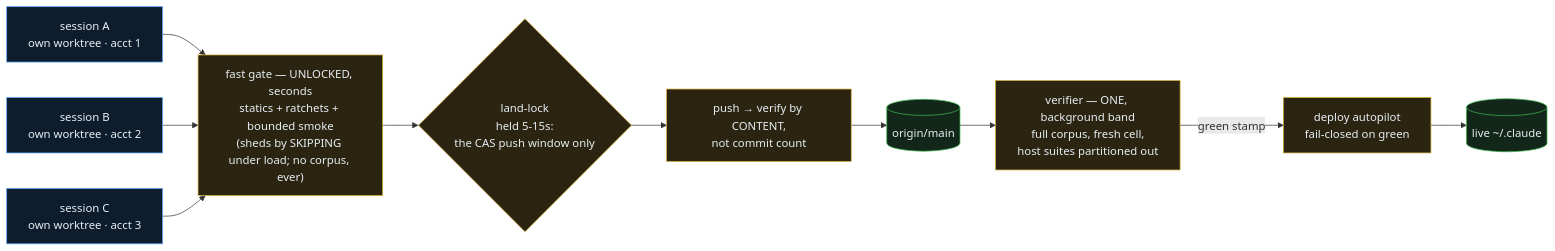
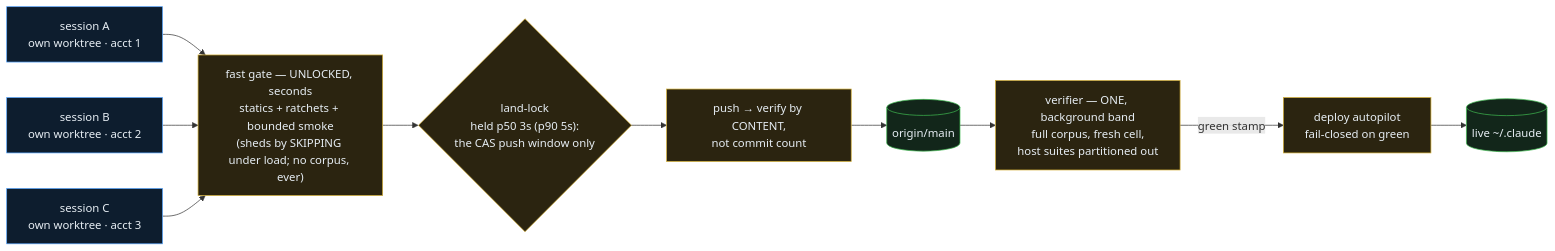
The third of 7 diagrams in README.md (renchris/claude-infrastructure), drawn with Mermaid before and after one commit. The commit also changed other lines of this file and 2 other files, not shown here.

First paragraph of the commit message:
docs(land-arch): two figures published in two directions, and a sixth cause the audit did not name
P0 part 5 + the implementation note (§5.P0), backlog 42ee2eaeed97.

````diff
--- a/README.md
+++ b/README.md
@@ -224,19 +224,19 @@
 ```mermaid
 flowchart LR
     A["session A<br/>own worktree · acct 1"] --> G
     B["session B<br/>own worktree · acct 2"] --> G
     C["session C<br/>own worktree · acct 3"] --> G
     G["fast gate — UNLOCKED, seconds<br/>statics + ratchets + bounded smoke<br/>(sheds by SKIPPING under load; no corpus, ever)"]
-    G --> Lock{"land-lock<br/>held 5-15s:<br/>the CAS push window only"}
+    G --> Lock{"land-lock<br/>held p50 3s (p90 5s):<br/>the CAS push window only"}
     Lock --> Push["push → verify by CONTENT,<br/>not commit count"]
     Push --> Trunk[("origin/main")]
     Trunk --> V["verifier — ONE, background band<br/>full corpus, fresh cell,<br/>host suites partitioned out"]
     V -->|"green stamp"| D["deploy autopilot<br/>fail-closed on green"]
     D --> Live[("live ~/.claude")]
     classDef w fill:#0d1d2e,stroke:#58a6ff,color:#e6edf3
     classDef k fill:#2b2410,stroke:#d4af37,color:#e6edf3
     classDef t fill:#12261a,stroke:#3fb950,color:#e6edf3
     class A,B,C w
     class G,Lock,Push,V,D k
     class Trunk,Live t
 ```
````
